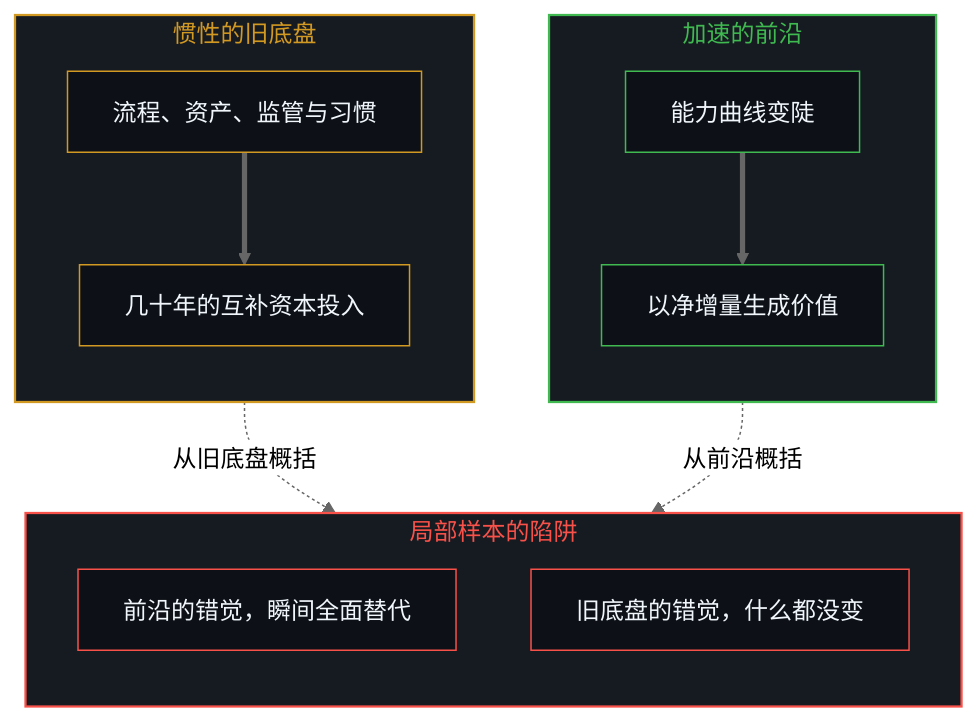
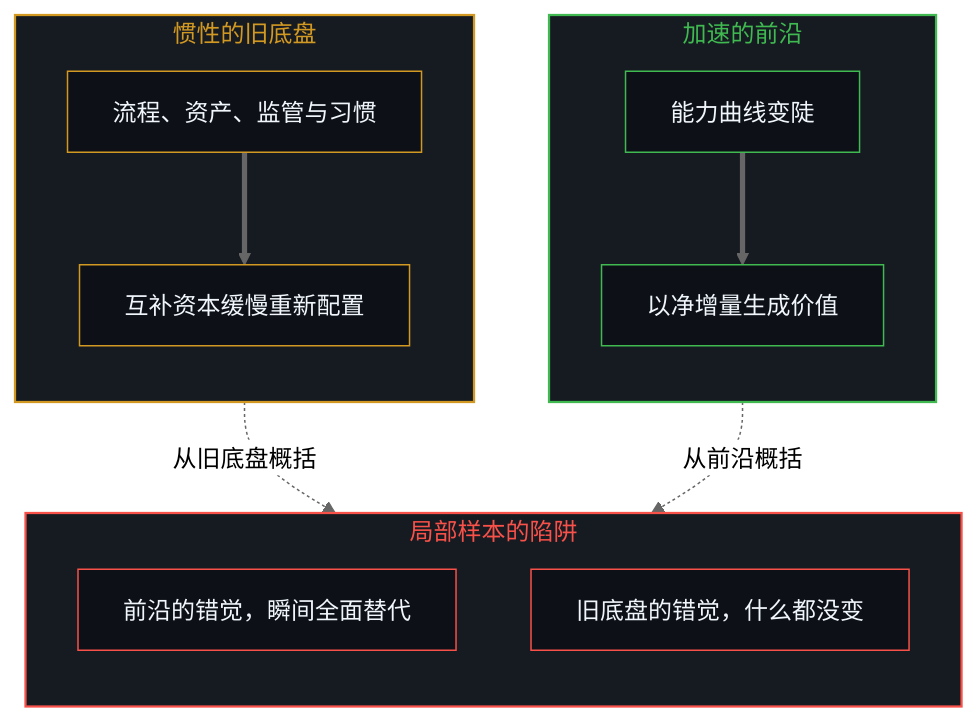
One commit to powerpig99/not-a-toe changed the first of 2 diagrams in content/posts/the-local-trap-of-technological-change.md. Above: the diagram before and after it, drawn with Mermaid (neutral theme). The commit also changed other lines of this file and 5 other files, not shown here.

````diff
--- a/content/posts/the-local-trap-of-technological-change.md
+++ b/content/posts/the-local-trap-of-technological-change.md
@@ -45,31 +45,31 @@
 ```mermaid
 flowchart TD
     subgraph S_Front["加速的前沿"]
         direction TB
         F1["能力曲线变陡"]
         F2["以净增量生成价值"]
     end
     subgraph S_Base["惯性的旧底盘"]
         direction TB
         B1["流程、资产、监管与习惯"]
-        B2["几十年的互补资本投入"]
+        B2["互补资本缓慢重新配置"]
     end
     subgraph S_Trap["局部样本的陷阱"]
         direction TB
         T1["前沿的错觉，瞬间全面替代"]
         T2["旧底盘的错觉，什么都没变"]
     end
     F1 ==> F2
     B1 ==> B2
     F1 -.->|"从前沿概括"| T1
     B1 -.->|"从旧底盘概括"| T2
     style S_Front fill:#161b22,stroke:#3fb950,stroke-width:1.5px,color:#3fb950
     style S_Base fill:#161b22,stroke:#d29922,stroke-width:1.5px,color:#d29922
     style S_Trap fill:#161b22,stroke:#f85149,stroke-width:1.5px,color:#f85149
     style F1 fill:#0d1117,stroke:#3fb950,stroke-width:1px,color:#f0f6fc
     style F2 fill:#0d1117,stroke:#3fb950,stroke-width:1px,color:#f0f6fc
     style B1 fill:#0d1117,stroke:#d29922,stroke-width:1px,color:#f0f6fc
     style B2 fill:#0d1117,stroke:#d29922,stroke-width:1px,color:#f0f6fc
     style T1 fill:#0d1117,stroke:#f85149,stroke-width:1px,color:#f0f6fc
     style T2 fill:#0d1117,stroke:#f85149,stroke-width:1px,color:#f0f6fc
 ```
````
